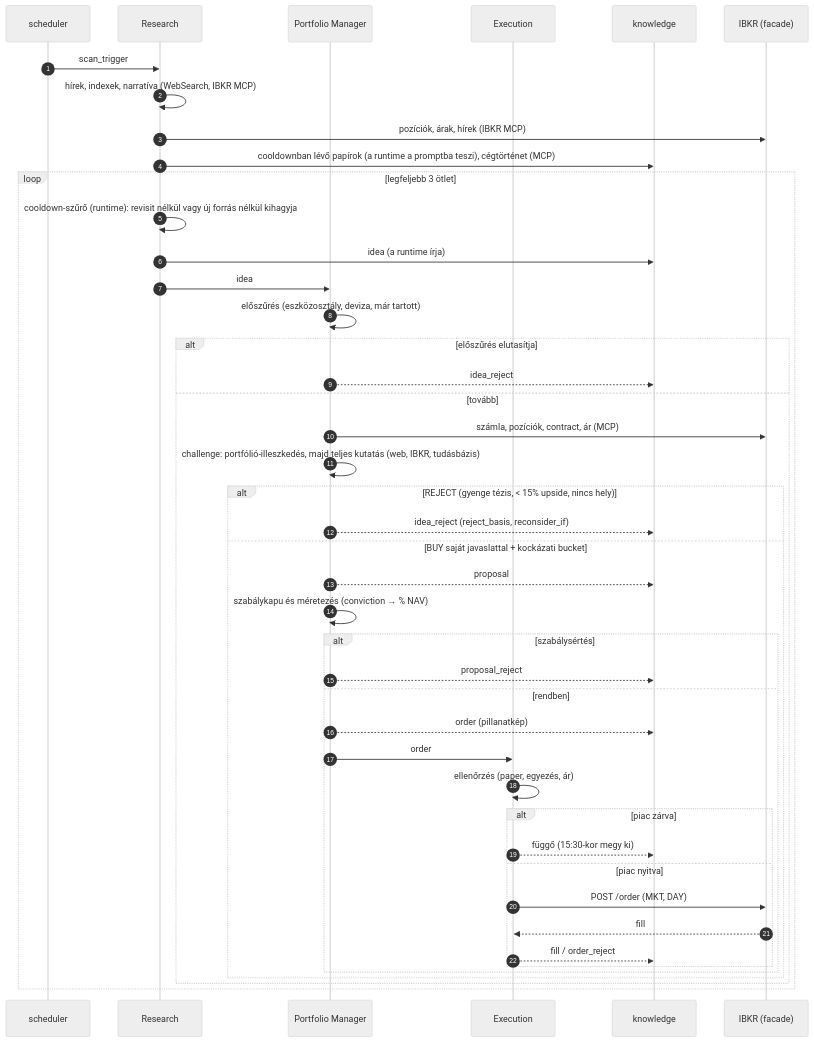
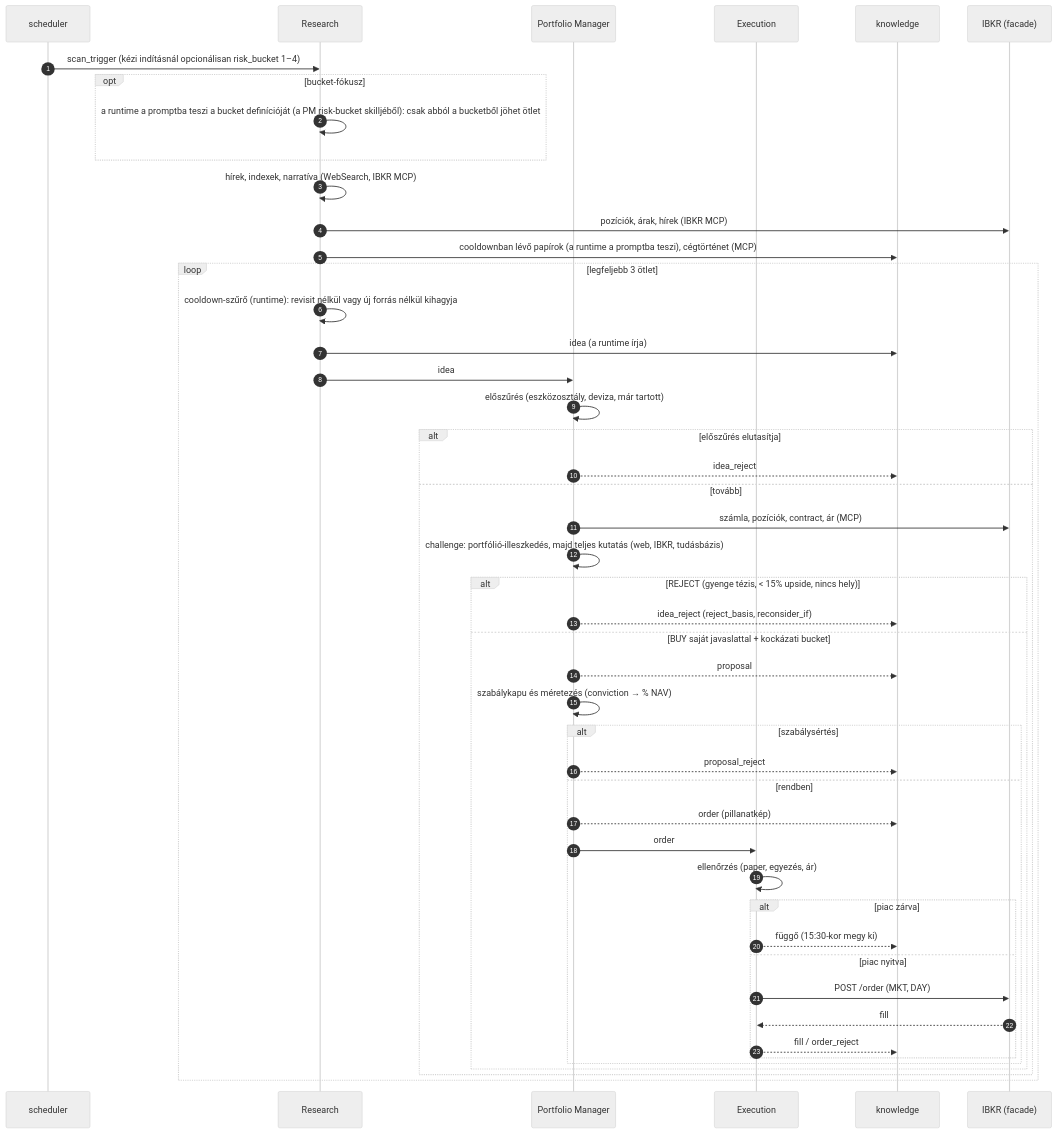
Before and after one commit to medovarszki/auxin-agentic-investment-organization: the third of 9 diagrams in README.md, drawn with Mermaid (neutral theme). The commit also changed other lines of this file and 9 other files, not shown here.

First line of the commit message:
Scan risk-bucket focus: make scan bucket=N and dashboard selector

````diff
--- a/README.md
+++ b/README.md
@@ -270,47 +271,50 @@
 ```mermaid
 sequenceDiagram
     autonumber
     participant S as scheduler
     participant R as Research
     participant PM as Portfolio Manager
     participant E as Execution
     participant KB as knowledge
     participant IB as IBKR (facade)
 
-    S->>R: scan_trigger
+    S->>R: scan_trigger (kézi indításnál opcionálisan risk_bucket 1–4)
+    opt bucket-fókusz
+        R->>R: a runtime a promptba teszi a bucket definícióját (a PM risk-bucket skilljéből): csak abból a bucketből jöhet ötlet
+    end
     R->>R: hírek, indexek, narratíva (WebSearch, IBKR MCP)
     R->>IB: pozíciók, árak, hírek (IBKR MCP)
     R->>KB: cooldownban lévő papírok (a runtime a promptba teszi), cégtörténet (MCP)
     loop legfeljebb 3 ötlet
         R->>R: cooldown-szűrő (runtime): revisit nélkül vagy új forrás nélkül kihagyja
         R->>KB: idea (a runtime írja)
         R->>PM: idea
         PM->>PM: előszűrés (eszközosztály, deviza, már tartott)
         alt előszűrés elutasítja
             PM-->>KB: idea_reject
         else tovább
             PM->>IB: számla, pozíciók, contract, ár (MCP)
             PM->>PM: challenge: portfólió-illeszkedés, majd teljes kutatás (web, IBKR, tudásbázis)
             alt REJECT (gyenge tézis, < 15% upside, nincs hely)
                 PM-->>KB: idea_reject (reject_basis, reconsider_if)
             else BUY saját javaslattal + kockázati bucket
                 PM-->>KB: proposal
                 PM->>PM: szabálykapu és méretezés (conviction → % NAV)
                 alt szabálysértés
                     PM-->>KB: proposal_reject
                 else rendben
                     PM-->>KB: order (pillanatkép)
                     PM->>E: order
                     E->>E: ellenőrzés (paper, egyezés, ár)
                     alt piac zárva
                         E-->>KB: függő (15:30-kor megy ki)
                     else piac nyitva
                         E->>IB: POST /order (MKT, DAY)
                         IB-->>E: fill
                         E-->>KB: fill / order_reject
                     end
                 end
             end
         end
     end
 ```
````
